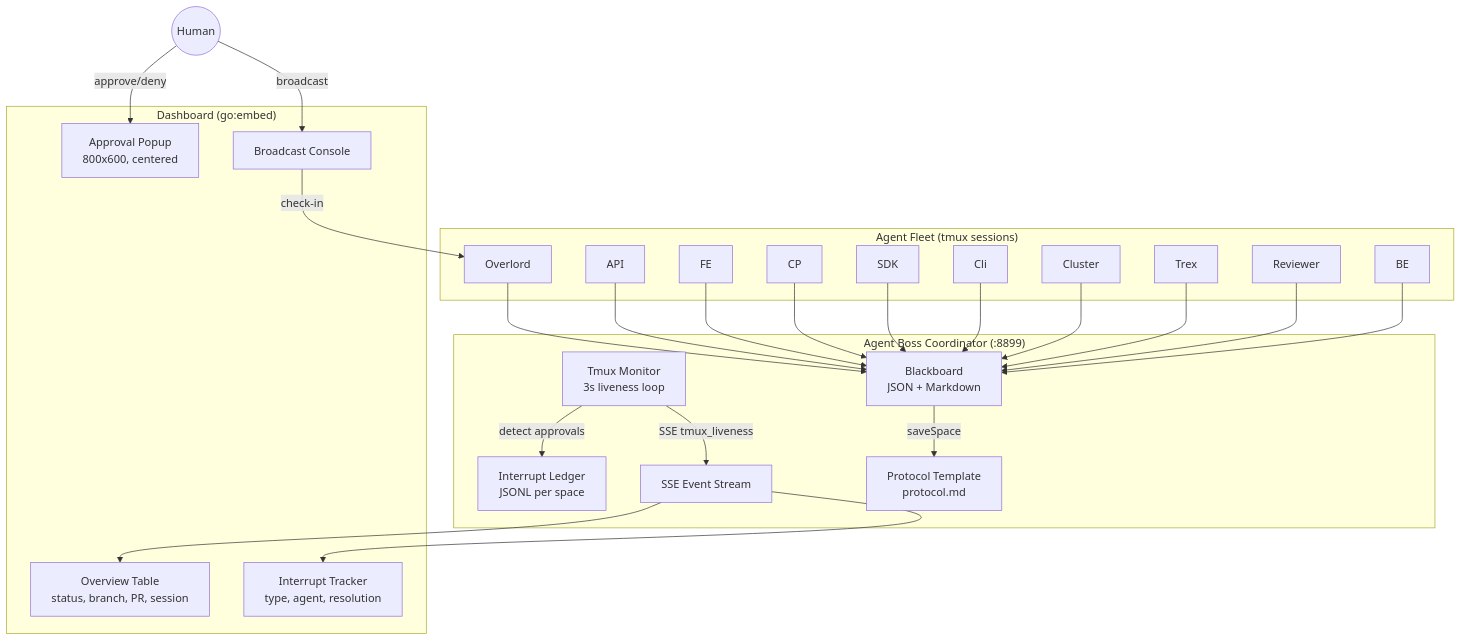
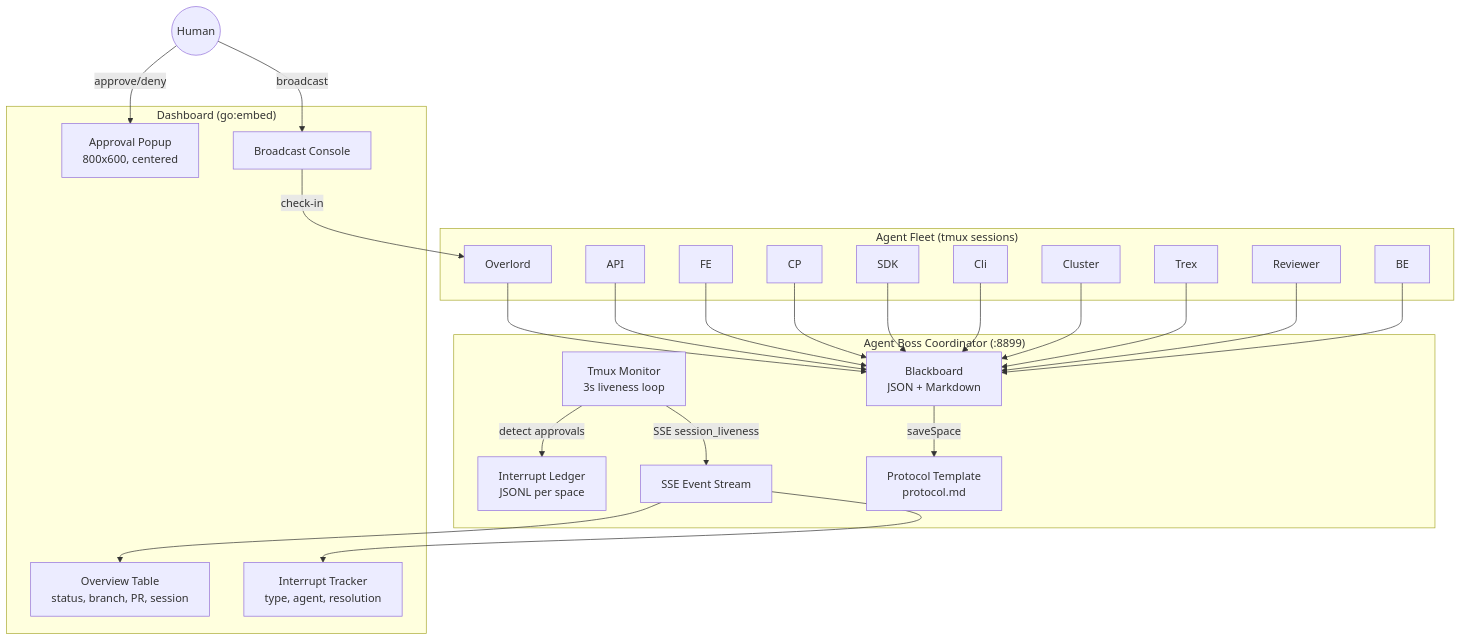
Before and after one commit to tiwillia/jsell-agent-boss: the first of 7 diagrams in docs/proposal-agent-boss-ambient.md, drawn with Mermaid. The commit also changed 39 other files, not shown here.

First line of the commit message:
refactor: introduce SessionBackend interface, replace tmux-specific naming

````diff
--- a/docs/proposal-agent-boss-ambient.md
+++ b/docs/proposal-agent-boss-ambient.md
@@ -35,39 +35,39 @@
 ```mermaid
 graph TB
     subgraph "Agent Boss Coordinator (:8899)"
         BL[Blackboard<br/>JSON + Markdown]
         IL[Interrupt Ledger<br/>JSONL per space]
         SSE[SSE Event Stream]
         TM[Tmux Monitor<br/>3s liveness loop]
         PR[Protocol Template<br/>protocol.md]
     end
 
     subgraph "Dashboard (go:embed)"
         OV[Overview Table<br/>status, branch, PR, session]
         IT[Interrupt Tracker<br/>type, agent, resolution]
         AP[Approval Popup<br/>800x600, centered]
         BC[Broadcast Console]
     end
 
     subgraph "Agent Fleet (tmux sessions)"
         OL[Overlord] --> BL
         API_A[API] --> BL
         FE_A[FE] --> BL
         CP_A[CP] --> BL
         SDK_A[SDK] --> BL
         CLI_A[Cli] --> BL
         CL_A[Cluster] --> BL
         TR_A[Trex] --> BL
         RV_A[Reviewer] --> BL
         BE_A[BE] --> BL
     end
 
     TM -->|detect approvals| IL
-    TM -->|SSE tmux_liveness| SSE
+    TM -->|SSE session_liveness| SSE
     SSE --> OV
     SSE --> IT
     BL -->|saveSpace| PR
     Human((Human)) -->|approve/deny| AP
     Human -->|broadcast| BC
     BC -->|check-in| OL
 ```
````
